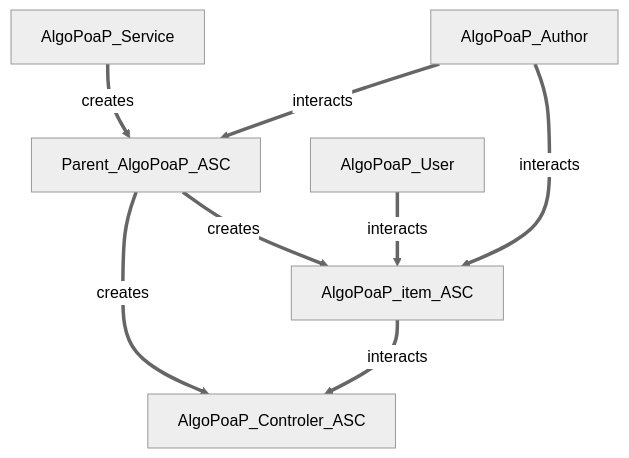
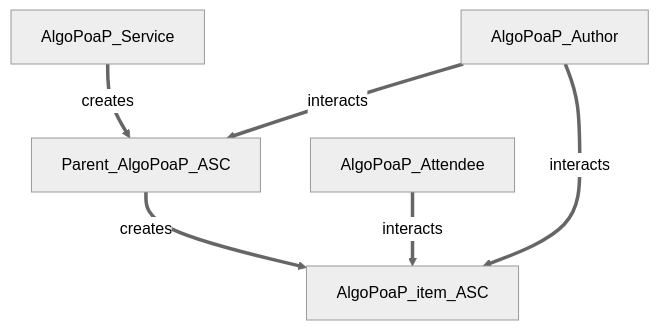
Before and after one commit to Sun-C0ffee/algopoap-smartcontracts: the first of 7 diagrams in README.md, drawn with Mermaid (neutral theme). The commit also changed other lines of this file, not shown here.

````diff
--- a/README.md
+++ b/README.md
@@ -13,11 +13,9 @@
 ```mermaid
   graph TD;
       AlgoPoaP_Service== creates ==>Parent_AlgoPoaP_ASC;
-      Parent_AlgoPoaP_ASC== creates ==>AlgoPoaP_Controler_ASC;
       Parent_AlgoPoaP_ASC== creates ==>AlgoPoaP_item_ASC;
       
-      AlgoPoaP_User== interacts ==>AlgoPoaP_item_ASC;
-      AlgoPoaP_item_ASC== interacts ==>AlgoPoaP_Controler_ASC;
+      AlgoPoaP_Attendee== interacts ==>AlgoPoaP_item_ASC;
       AlgoPoaP_Author== interacts ==>Parent_AlgoPoaP_ASC;
       AlgoPoaP_Author== interacts ==>AlgoPoaP_item_ASC;
 ```
````
